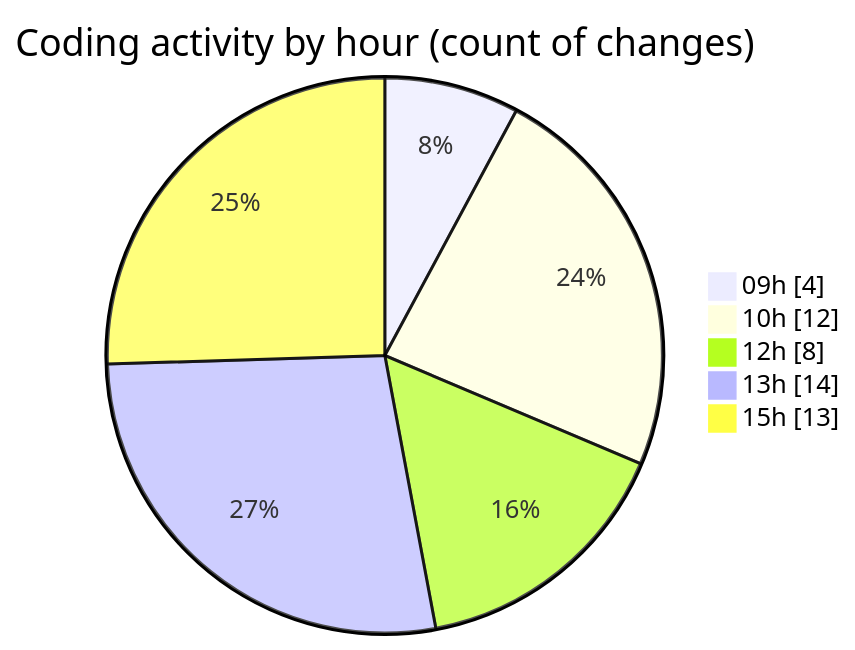
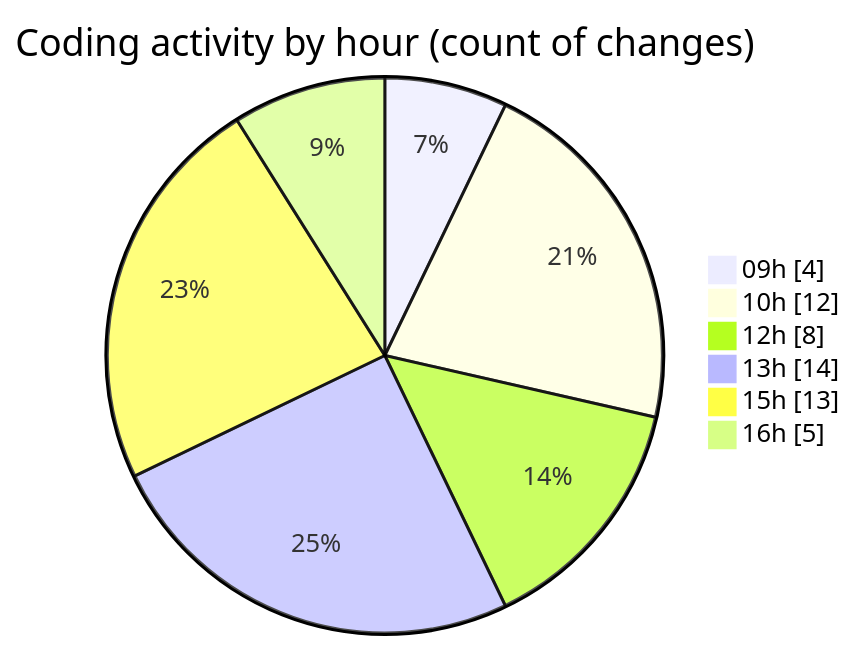
The second of 2 diagrams in 2025-05-19/nxtqube_webapp/README.md (nxtqubesakshisongat/code-tracking), drawn with Mermaid before and after one commit. The commit also changed other lines of this file and 1 other file, not shown here.

````diff
--- a/2025-05-19/nxtqube_webapp/README.md
+++ b/2025-05-19/nxtqube_webapp/README.md
@@ -36,9 +37,10 @@
 ```mermaid
 pie showData
 title Coding activity by hour (count of changes)
 "09h" : 4
 "10h" : 12
 "12h" : 8
 "13h" : 14
 "15h" : 13
+"16h" : 5
 ```
````
